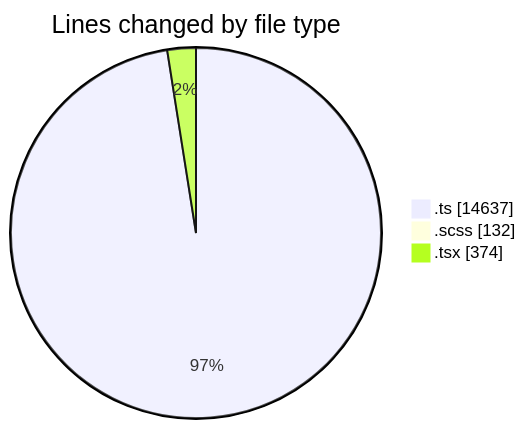
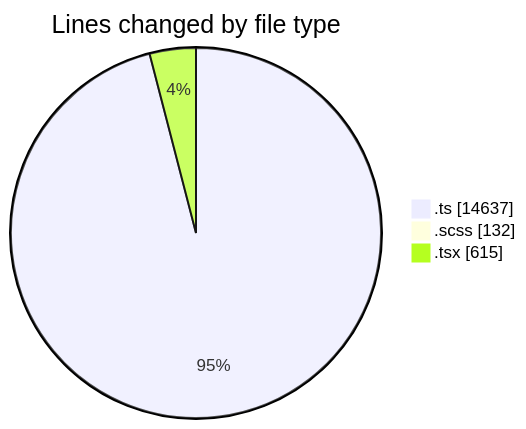
Before and after one commit to momahboobian/code-tracking: the first of 2 diagrams in 2025-08-27/cda/README.md, drawn with Mermaid. The commit also changed other lines of this file and 1 other file, not shown here.

````diff
--- a/2025-08-27/cda/README.md
+++ b/2025-08-27/cda/README.md
@@ -26,7 +26,7 @@
 ```mermaid
 pie showData
 title Lines changed by file type
 ".ts" : 14637
 ".scss" : 132
-".tsx" : 374
+".tsx" : 615
 ```
````
